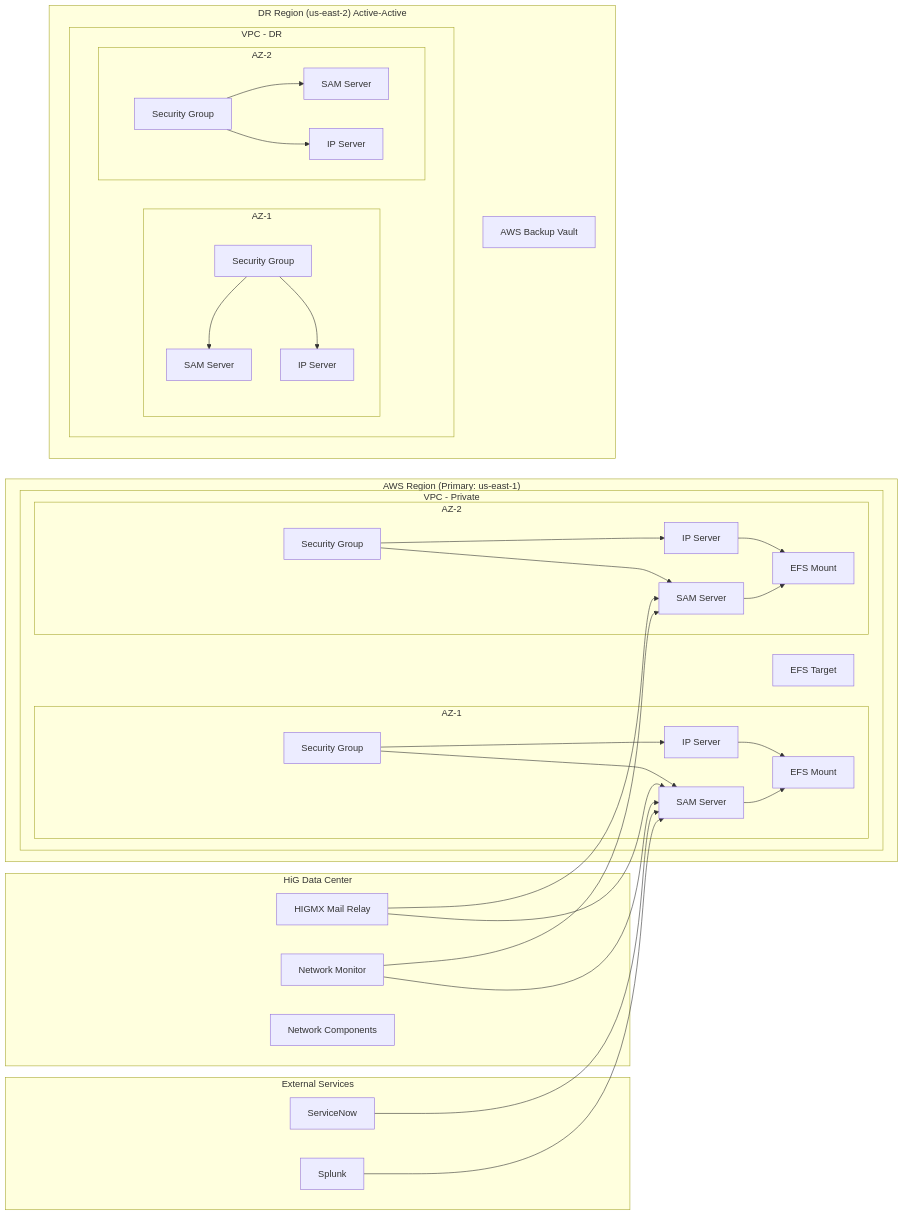
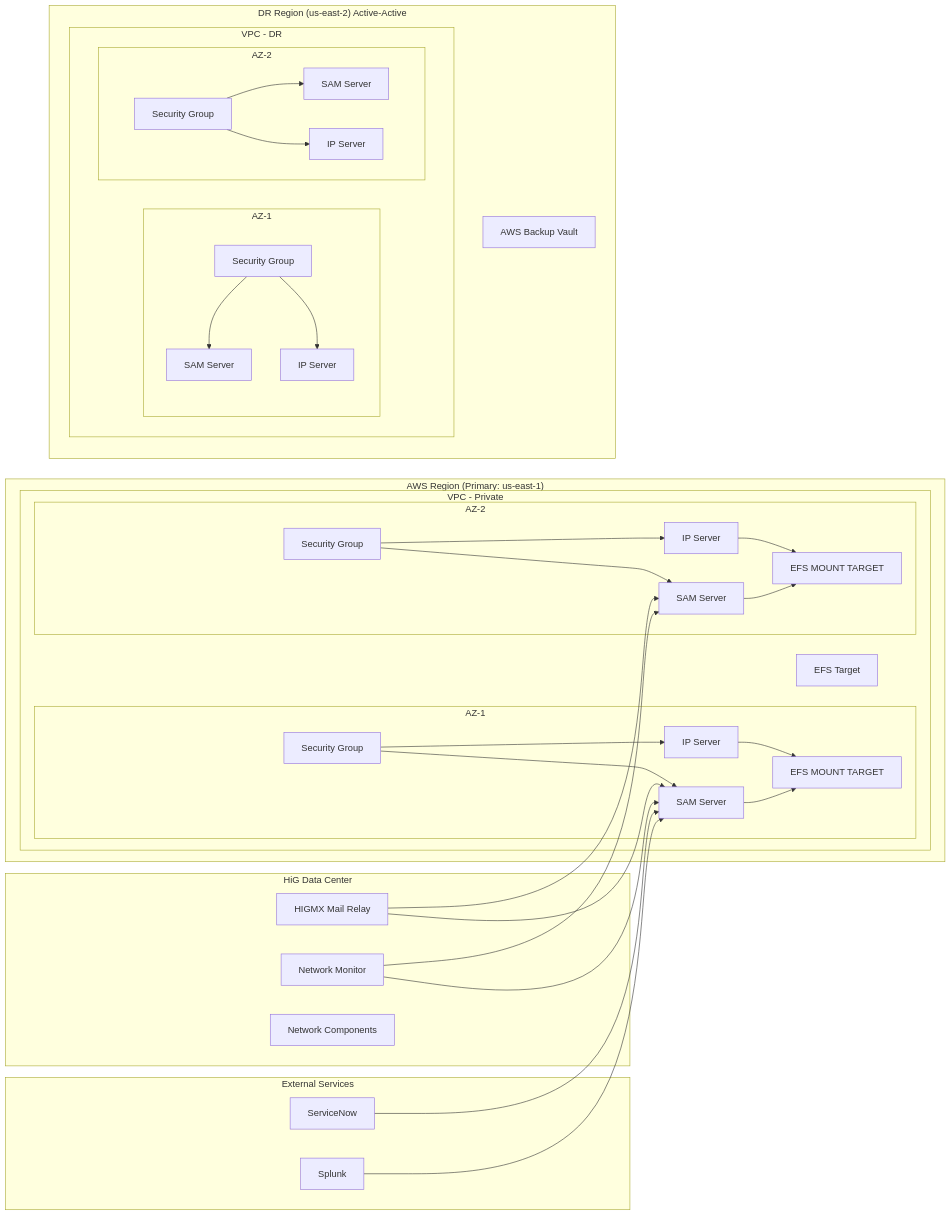
Before and after one commit to musicFlow9999/MyJob: the diagram in smarts_architecture.mmd, drawn with Mermaid. The commit also changed 2 other files, not shown here.

Commit message:
Update EFS labels

```diff
--- a/smarts_architecture.mmd
+++ b/smarts_architecture.mmd
@@ -1,54 +1,54 @@
 flowchart LR
   subgraph OnPrem["HiG Data Center"]
     higmx["HIGMX Mail Relay"]
     network_monitor["Network Monitor"]
     network_components["Network Components"]
   end
 
   subgraph ExternalServices["External Services"]
     serviceNow["ServiceNow"]
     splunk["Splunk"]
   end
 
   subgraph PrimaryRegion["AWS Region (Primary: us-east-1)"]
     subgraph VPCPrivate["VPC - Private"]
       subgraph AZ1["AZ-1"]
         sg1["Security Group"]
         sg1 --> sam1["SAM Server"]
         sg1 --> ip1["IP Server"]
-        sam1 --> efs1["EFS Mount"]
+        sam1 --> efs1["EFS MOUNT TARGET"]
         ip1 --> efs1
       end
       subgraph AZ2["AZ-2"]
         sg2["Security Group"]
         sg2 --> sam2["SAM Server"]
         sg2 --> ip2["IP Server"]
-        sam2 --> efs2["EFS Mount"]
+        sam2 --> efs2["EFS MOUNT TARGET"]
         ip2 --> efs2
       end
       efs_central["EFS Target"]
     end
   end
 
   subgraph DRRegion["DR Region (us-east-2) Active-Active"]
     subgraph DRVPC["VPC - DR"]
       subgraph DRAZ1["AZ-1"]
         sg_dr1["Security Group"]
         sg_dr1 --> dr_sam1["SAM Server"]
         sg_dr1 --> dr_ip1["IP Server"]
       end
       subgraph DRAZ2["AZ-2"]
         sg_dr2["Security Group"]
         sg_dr2 --> dr_sam2["SAM Server"]
         sg_dr2 --> dr_ip2["IP Server"]
       end
     end
     backup["AWS Backup Vault"]
   end
 
   higmx --> sam1
   higmx --> sam2
   network_monitor --> sam1
   network_monitor --> sam2
   serviceNow --> sam1
   splunk --> sam1
```
